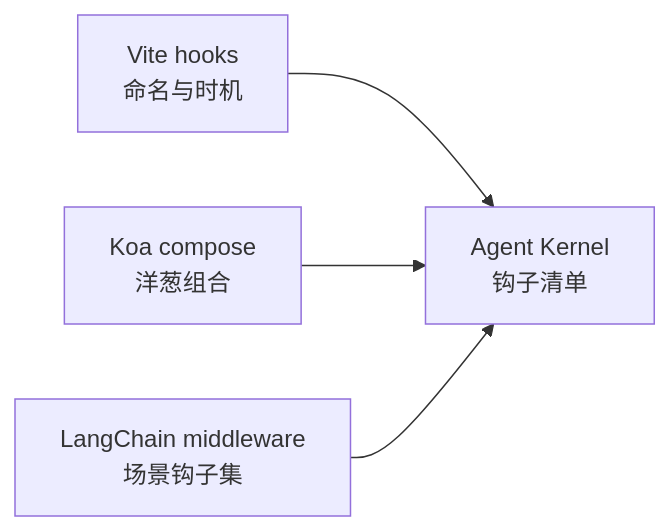
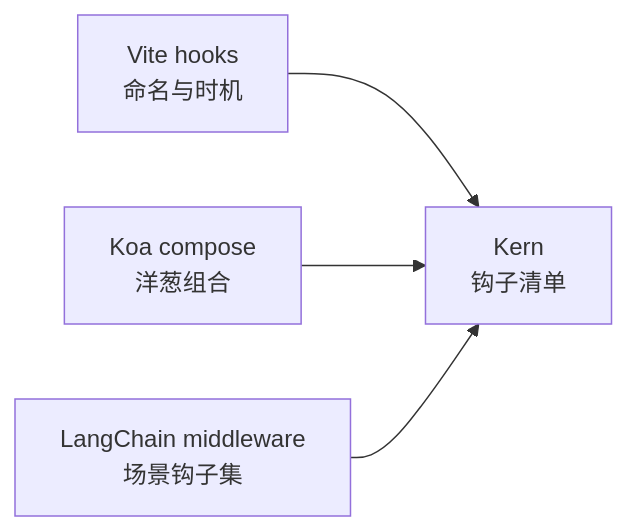
One commit to belos-street/kb-vault changed the first of 2 diagrams in src/artificial-intelligence/agent/agent-kernel/doc/03-插件系统与钩子设计.md. Above: the diagram before and after it, drawn with Mermaid. The commit also changed other lines of this file and 47 other files, not shown here.

Commit message:
feat: 新增 agent-kernel spikes 目录及核心实现文件

````diff
--- a/src/artificial-intelligence/agent/agent-kernel/doc/03-插件系统与钩子设计.md
+++ b/src/artificial-intelligence/agent/agent-kernel/doc/03-插件系统与钩子设计.md
@@ -16,6 +16,6 @@
 ```mermaid
 graph LR
-    V[Vite hooks<br/>命名与时机] --> K[Agent Kernel<br/>钩子清单]
+    V[Vite hooks<br/>命名与时机] --> K[Kern<br/>钩子清单]
     KO[Koa compose<br/>洋葱组合] --> K
     LC[LangChain middleware<br/>场景钩子集] --> K
 ```
````
